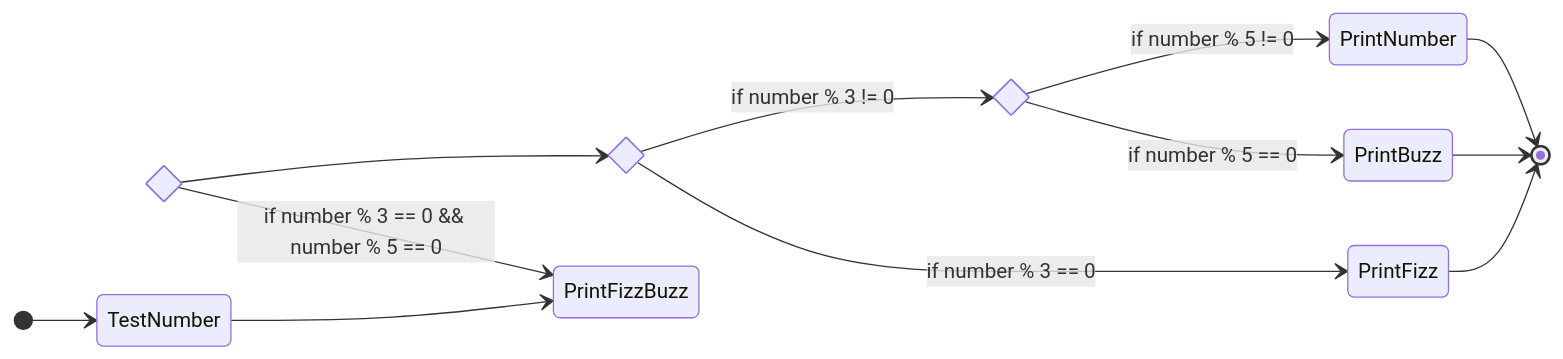
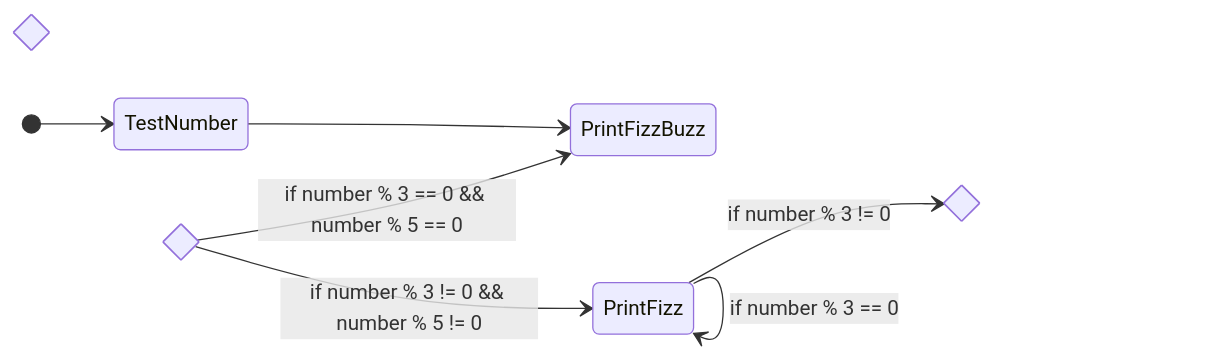
Before and after one commit to carteras/IT-CBR: the eighth of 8 diagrams in cookbook/SDLC/Boxes and Arrows/boxes_and_arrows_fun.md, drawn with Mermaid.

````diff
--- a/cookbook/SDLC/Boxes and Arrows/boxes_and_arrows_fun.md
+++ b/cookbook/SDLC/Boxes and Arrows/boxes_and_arrows_fun.md
@@ -117,18 +117,13 @@
 ```mermaid
   stateDiagram
     direction LR
     state fizz_state <<choice>>
     state buzz_state <<choice>>
     state fizzbuzz_state <<choice>>
     [*] --> TestNumber
     TestNumber --> PrintFizzBuzz
     fizzbuzz_state --> PrintFizzBuzz: if number % 3 == 0 && number % 5 == 0
-    fizzbuzz_state --> fizz_state
-    fizz_state --> PrintFizz: if number % 3 == 0
-    PrintFizz --> [*]
-    fizz_state --> buzz_state: if number % 3 != 0
-    buzz_state --> PrintBuzz: if number % 5 == 0
-    PrintBuzz --> [*]
-    buzz_state --> PrintNumber: if number % 5 != 0
-    PrintNumber --> [*]
+    fizzbuzz_state --> PrintFizz: if number % 3 != 0 && number % 5 != 0
+    PrintFizz --> PrintFizz: if number % 3 == 0
+    PrintFizz --> buzz_state: if number % 3 != 0
 ```
````
